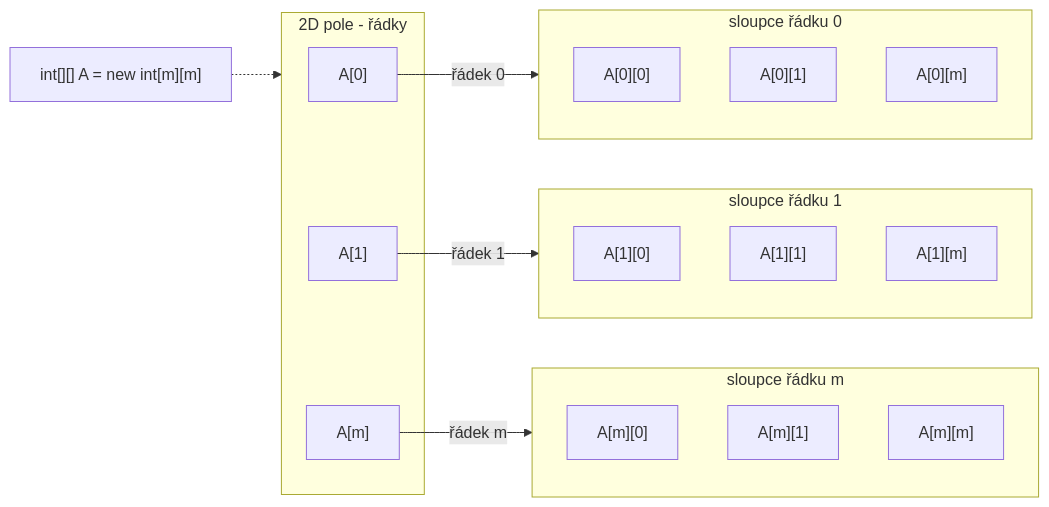
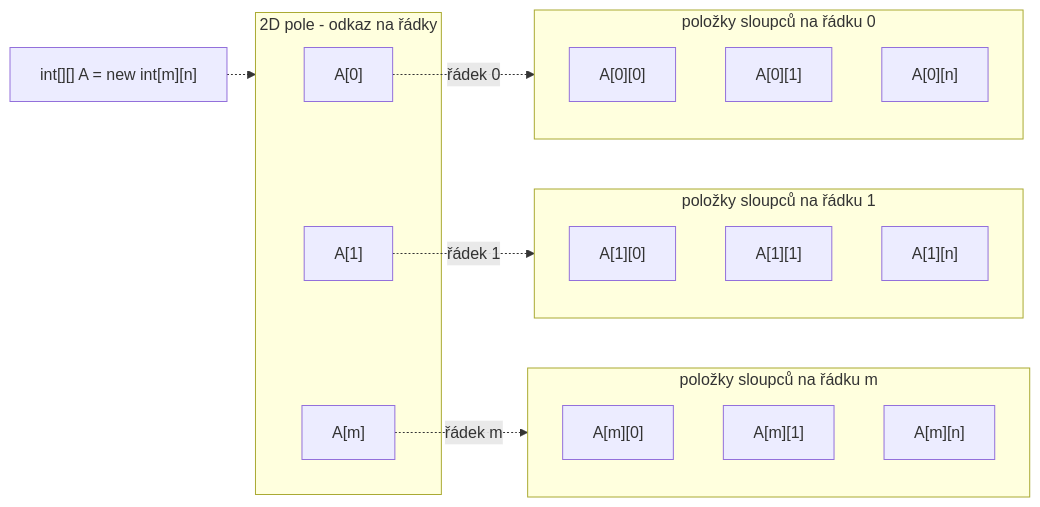
Before and after one commit to TUL2526ALG/ALG1T: the diagram in src/week11_2Darray/README.md, drawn with Mermaid. The commit also changed other lines of this file, not shown here.

Commit message:
modifikovaný graf

````diff
--- a/src/week11_2Darray/README.md
+++ b/src/week11_2Darray/README.md
@@ -25,33 +25,33 @@
 ```mermaid
 graph LR
 
-    subgraph 2D["2D pole - řádky"]
+    subgraph 2D["2D pole - odkaz na řádky"]
         A0["A[0]"]
         A1["A[1]"]
         AM["A[m]"]
     end
     
-    subgraph row1["sloupce řádku 0"]
+    subgraph row1["položky sloupců na řádku 0"]
         row10["A[0][0]"]
         row11["A[0][1]"]
-        row1m["A[0][m]"]
+        row1m["A[0][n]"]
     end
 
-    subgraph row2["sloupce řádku 1"]
+    subgraph row2["položky sloupců na řádku 1"]
         row20["A[1][0]"]
         row21["A[1][1]"]
-        row2m["A[1][m]"]
+        row2m["A[1][n]"]
     end
     
-    subgraph rowm["sloupce řádku m"]
+    subgraph rowm["položky sloupců na řádku m"]
         rowm0["A[m][0]"]
         rowm1["A[m][1]"]
-        rowmm["A[m][m]"]
+        rowmm["A[m][n]"]
     end
     
-    reference["int[][] A = new int[m][m]"] -.-> 2D
+    reference["int[][] A = new int[m][n]"] -.-> 2D
 
-    A0 -->|řádek 0| row1
-    A1 -->|řádek 1| row2
-    AM -->|řádek m| rowm
+    A0 -.->|řádek 0| row1
+    A1 -.->|řádek 1| row2
+    AM -.->|řádek m| rowm
 ```
````
